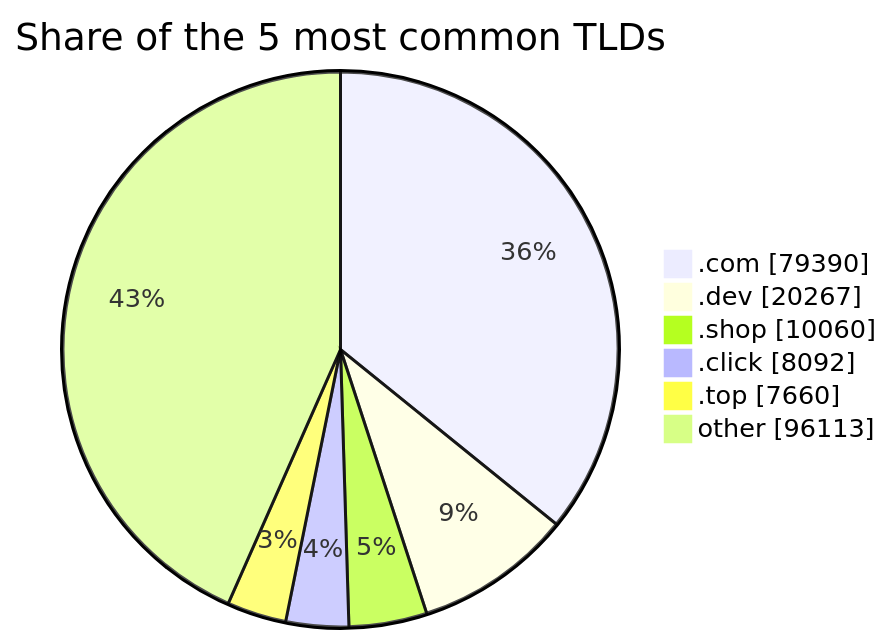
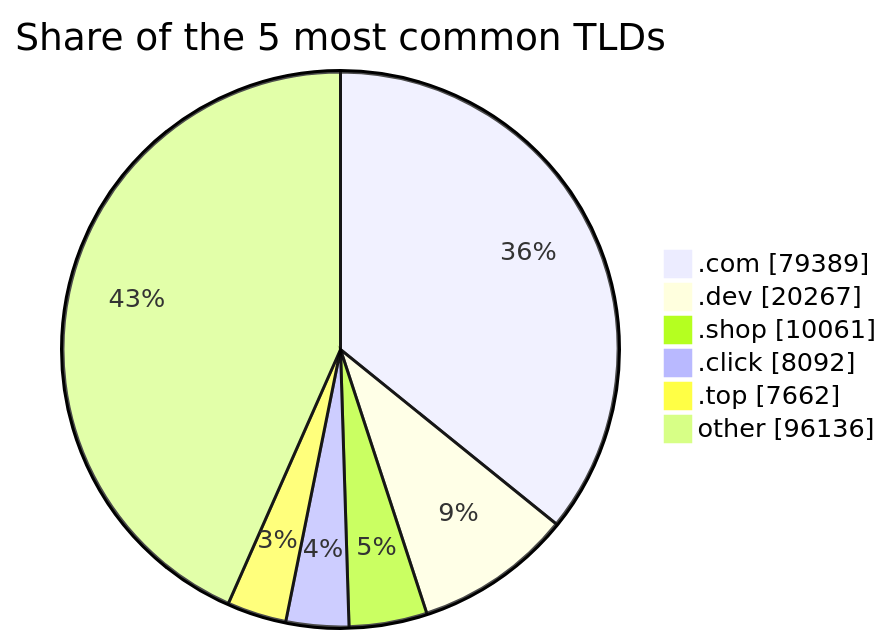
One commit to DNSBunker/CTI changed the third of 3 diagrams in README.md. Above: the diagram before and after it, drawn with Mermaid. The commit also changed other lines of this file and 3 other files, not shown here.

````diff
--- a/README.md
+++ b/README.md
@@ -81,9 +81,9 @@
 ```mermaid
 pie showData title Share of the 5 most common TLDs
-    ".com" : 79390
+    ".com" : 79389
     ".dev" : 20267
-    ".shop" : 10060
+    ".shop" : 10061
     ".click" : 8092
-    ".top" : 7660
-    "other" : 96113
+    ".top" : 7662
+    "other" : 96136
 ```
````
